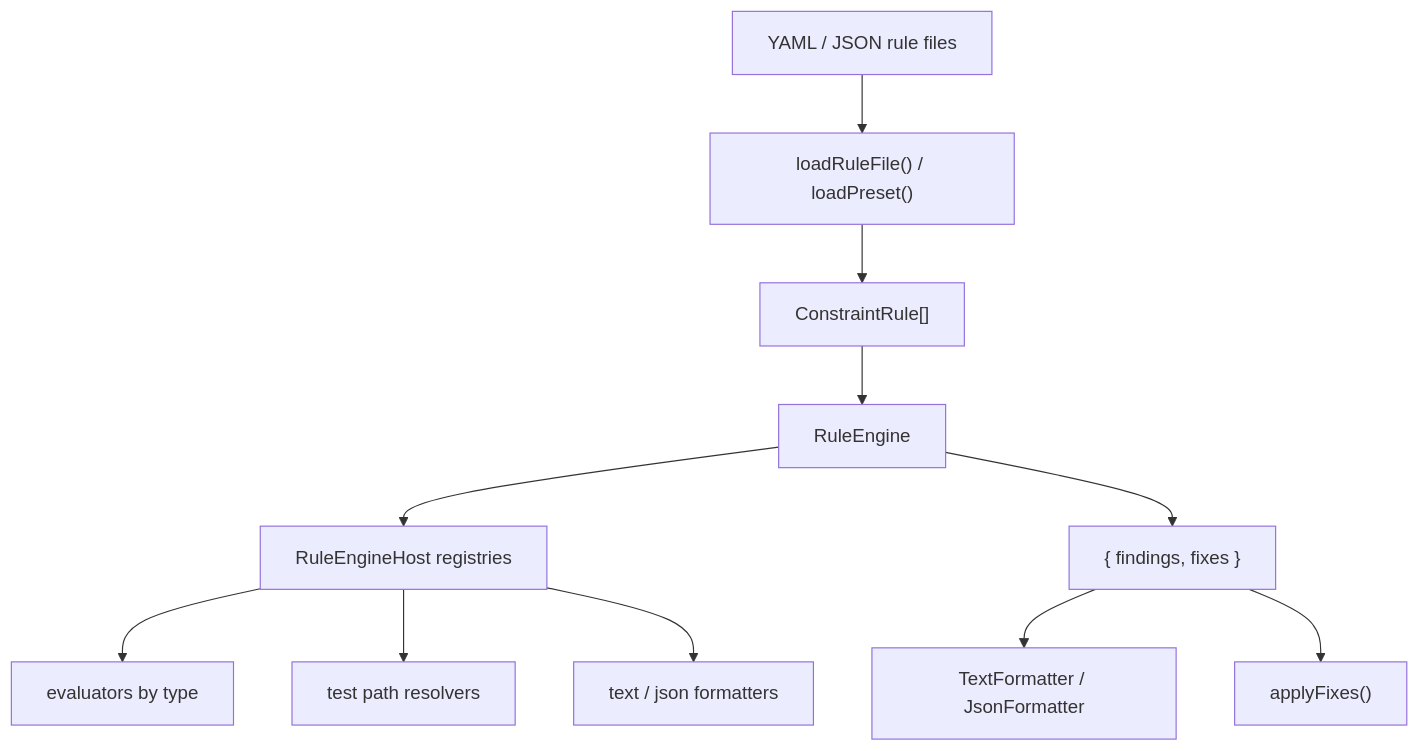
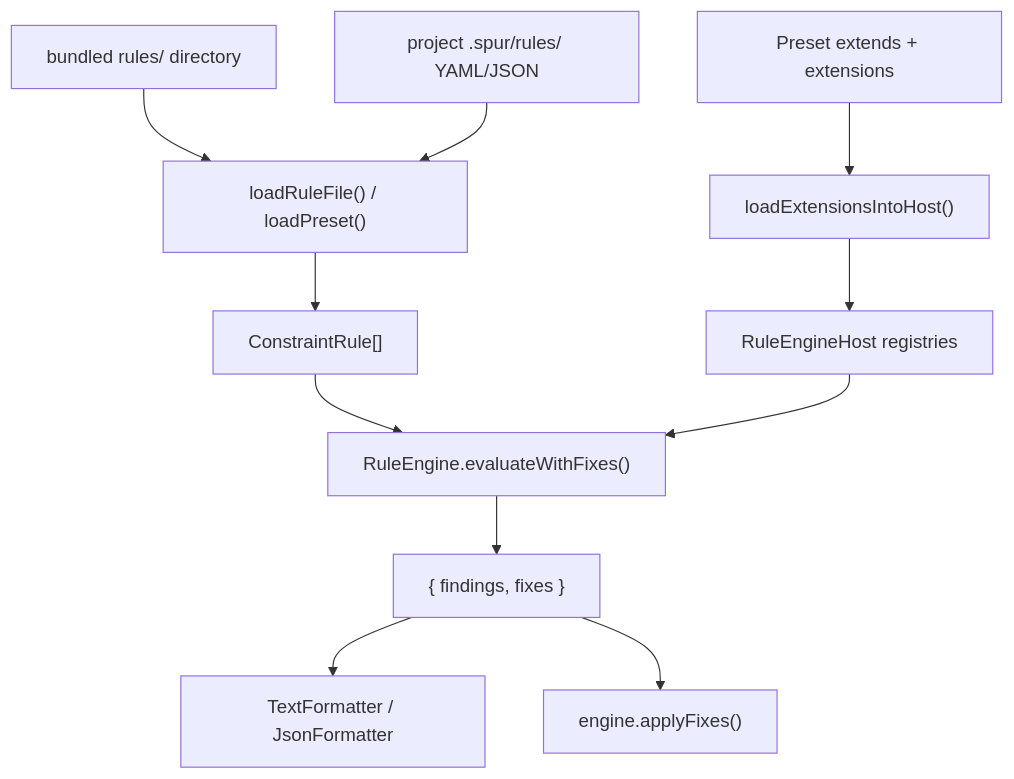
Before and after one commit to gobing-ai/ts-libs: the second of 3 diagrams in packages/rule-engine/README.md, drawn with Mermaid. The commit also changed other lines of this file, not shown here.

Commit message:
refactor(rule-engine): consolidate evaluator config helpers and test-resolver fallback

````diff
--- a/packages/rule-engine/README.md
+++ b/packages/rule-engine/README.md
@@ -50,13 +50,13 @@
 ```mermaid
 flowchart TD
-    Files["YAML / JSON rule files"] --> Loader["loadRuleFile() / loadPreset()"]
+    Bundled["bundled rules/ directory"] --> Loader["loadRuleFile() / loadPreset()"]
+    Files["project .spur/rules/ YAML/JSON"] --> Loader
     Loader --> Rules["ConstraintRule[]"]
-    Rules --> Engine["RuleEngine"]
-    Engine --> Host["RuleEngineHost registries"]
-    Host --> Evaluators["evaluators by type"]
-    Host --> Resolvers["test path resolvers"]
-    Host --> Formatters["text / json formatters"]
+    Presets["Preset extends + extensions"] --> Extensions["loadExtensionsIntoHost()"]
+    Extensions --> Host["RuleEngineHost registries"]
+    Rules --> Engine["RuleEngine.evaluateWithFixes()"]
+    Host --> Engine
     Engine --> Result["{ findings, fixes }"]
     Result --> Formatter["TextFormatter / JsonFormatter"]
-    Result --> Apply["applyFixes()"]
+    Result --> Apply["engine.applyFixes()"]
 ```
````
